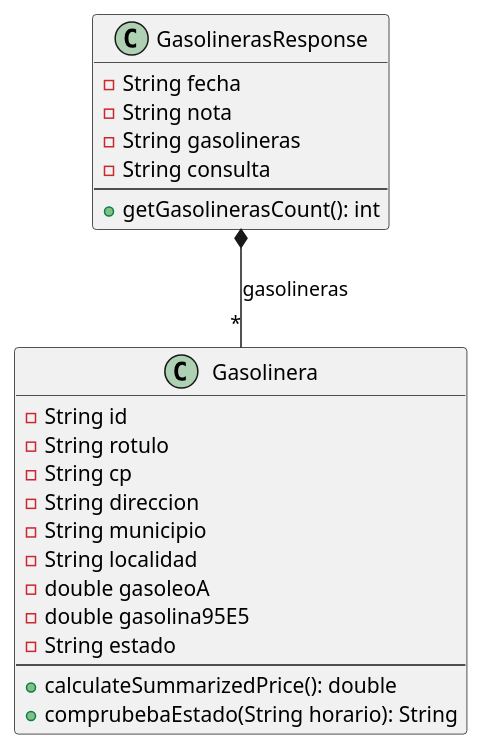
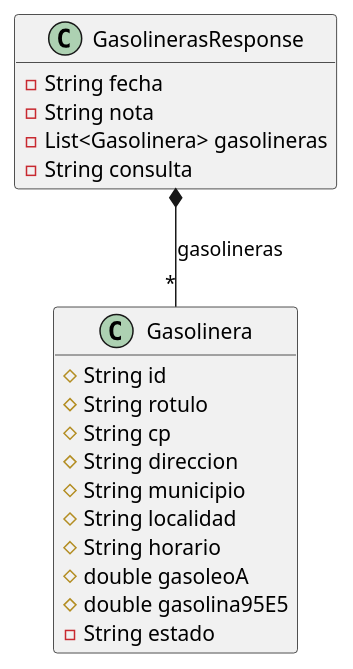
Before and after one commit to isunican/App-Gasolineras-Grupo5: the diagram in Docs/Models/domain.puml, drawn with PlantUML. The commit also changed 1 other file, not shown here.

```diff
--- a/Docs/Models/domain.puml
+++ b/Docs/Models/domain.puml
@@ -1,31 +1,30 @@
 @startuml
 
 hide empty members
 
 class Gasolinera {
-    - String id
-    - String rotulo
-    - String cp
-    - String direccion
-    - String municipio
-    - String localidad
-    - double gasoleoA
-    - double gasolina95E5
-    - String estado
-    --
-    + calculateSummarizedPrice(): double
-    + comprubebaEstado(String horario): String
+    #  String id
+    #  String rotulo
+    #  String cp
+    #  String direccion
+    #  String municipio
+    #  String localidad
+    #  String horario
+    #  double gasoleoA
+    #  double gasolina95E5
+    -  String estado
+    
+    
 }
 
 class GasolinerasResponse {
-    - String fecha
-    - String nota
-    - String gasolineras        
-    - String consulta
-    --
-    + getGasolinerasCount(): int
+    -  String fecha
+    -  String nota
+    -  List<Gasolinera> gasolineras        
+    -  String consulta
+  
 }
 
 GasolinerasResponse *-- "*" Gasolinera : gasolineras
 
 @enduml
```
